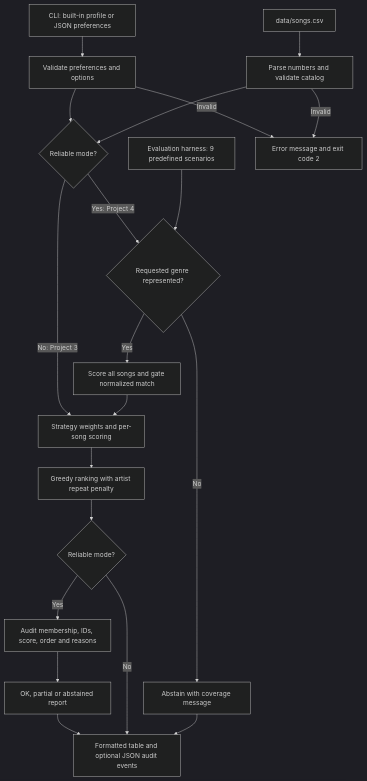
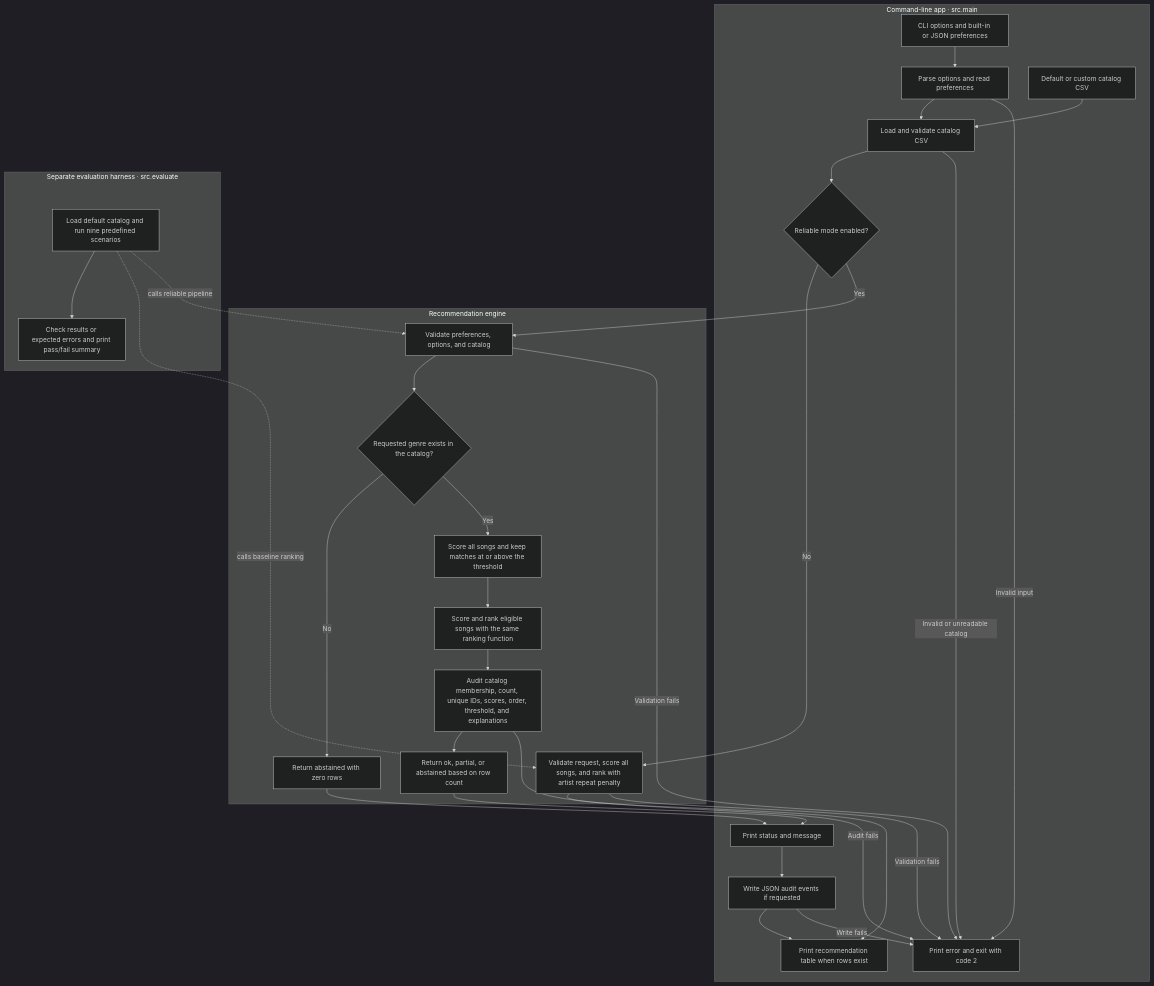
Before and after one commit to Somama12/vibefinder-applied-ai-system: the diagram in diagrams/architecture.mmd, drawn with Mermaid (dark theme). The commit also changed 1 other file, not shown here.

Commit message:
Align architecture diagram with recommendation flow

```diff
--- a/diagrams/architecture.mmd
+++ b/diagrams/architecture.mmd
@@ -1,20 +1,41 @@
 flowchart TD
-    A[CLI: built-in profile or JSON preferences] --> B[Validate preferences and options]
-    C[data/songs.csv] --> D[Parse numbers and validate catalog]
-    B --> E{Reliable mode?}
-    D --> E
-    E -->|No: Project 3| H[Strategy weights and per-song scoring]
-    E -->|Yes: Project 4| F{Requested genre represented?}
-    F -->|No| G[Abstain with coverage message]
-    F -->|Yes| I[Score all songs and gate normalized match]
-    I --> H
-    H --> J[Greedy ranking with artist repeat penalty]
-    J --> K{Reliable mode?}
-    K -->|Yes| L[Audit membership, IDs, score, order and reasons]
-    L --> M[OK, partial or abstained report]
-    M --> N[Formatted table and optional JSON audit events]
-    K -->|No| N
-    G --> N
-    O[Evaluation harness: 9 predefined scenarios] --> F
-    B -->|Invalid| P[Error message and exit code 2]
-    D -->|Invalid| P
+    subgraph CLI["Command-line app · src.main"]
+        Input["CLI options and built-in or JSON preferences"] --> Read["Parse options and read preferences"]
+        Read --> Load["Load and validate catalog CSV"]
+        Catalog["Default or custom catalog CSV"] --> Load
+        Load --> Mode{"Reliable mode enabled?"}
+        Report["Print status and message"]
+        Report --> Trace["Write JSON audit events if requested"]
+        Trace --> Table["Print recommendation table when rows exist"]
+        Error["Print error and exit with code 2"]
+    end
+
+    subgraph Engine["Recommendation engine"]
+        Baseline["Validate request, score all songs, and rank with artist repeat penalty"]
+        Validate["Validate preferences, options, and catalog"]
+        Validate --> Coverage{"Requested genre exists in the catalog?"}
+        Coverage -->|No| Abstain["Return abstained with zero rows"]
+        Coverage -->|Yes| Gate["Score all songs and keep matches at or above the threshold"]
+        Gate --> Rank["Score and rank eligible songs with the same ranking function"]
+        Rank --> Audit["Audit catalog membership, count, unique IDs, scores, order, threshold, and explanations"]
+        Audit --> Outcome["Return ok, partial, or abstained based on row count"]
+    end
+
+    Mode -->|No| Baseline
+    Mode -->|Yes| Validate
+    Baseline --> Table
+    Outcome --> Report
+    Abstain --> Report
+    Read -->|Invalid input| Error
+    Load -->|Invalid or unreadable catalog| Error
+    Baseline -->|Validation fails| Error
+    Validate -->|Validation fails| Error
+    Audit -->|Audit fails| Error
+    Trace -->|Write fails| Error
+
+    subgraph Evaluation["Separate evaluation harness · src.evaluate"]
+        Cases["Load default catalog and run nine predefined scenarios"]
+        Cases --> Results["Check results or expected errors and print pass/fail summary"]
+    end
+    Cases -. calls baseline ranking .-> Baseline
+    Cases -. calls reliable pipeline .-> Validate
```
